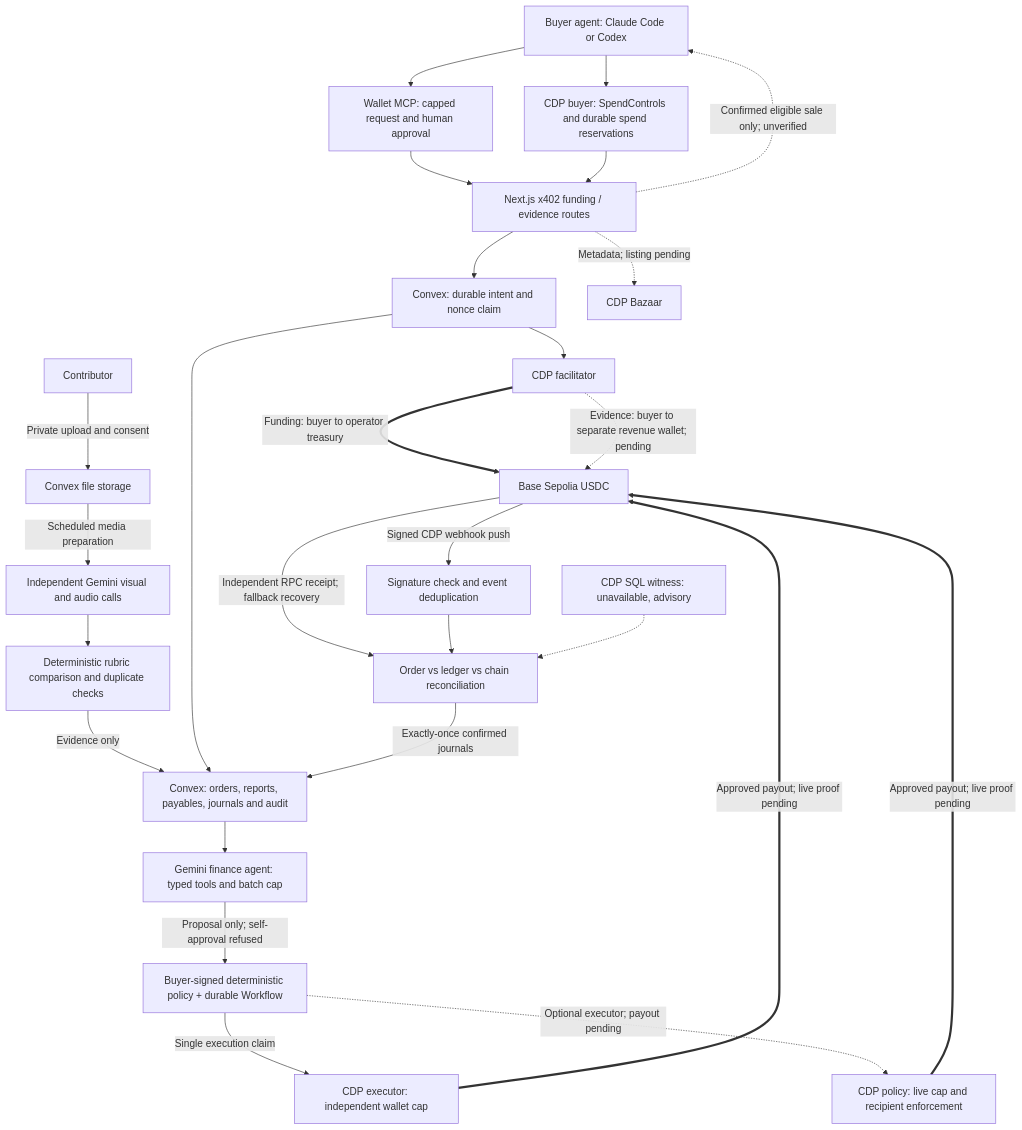
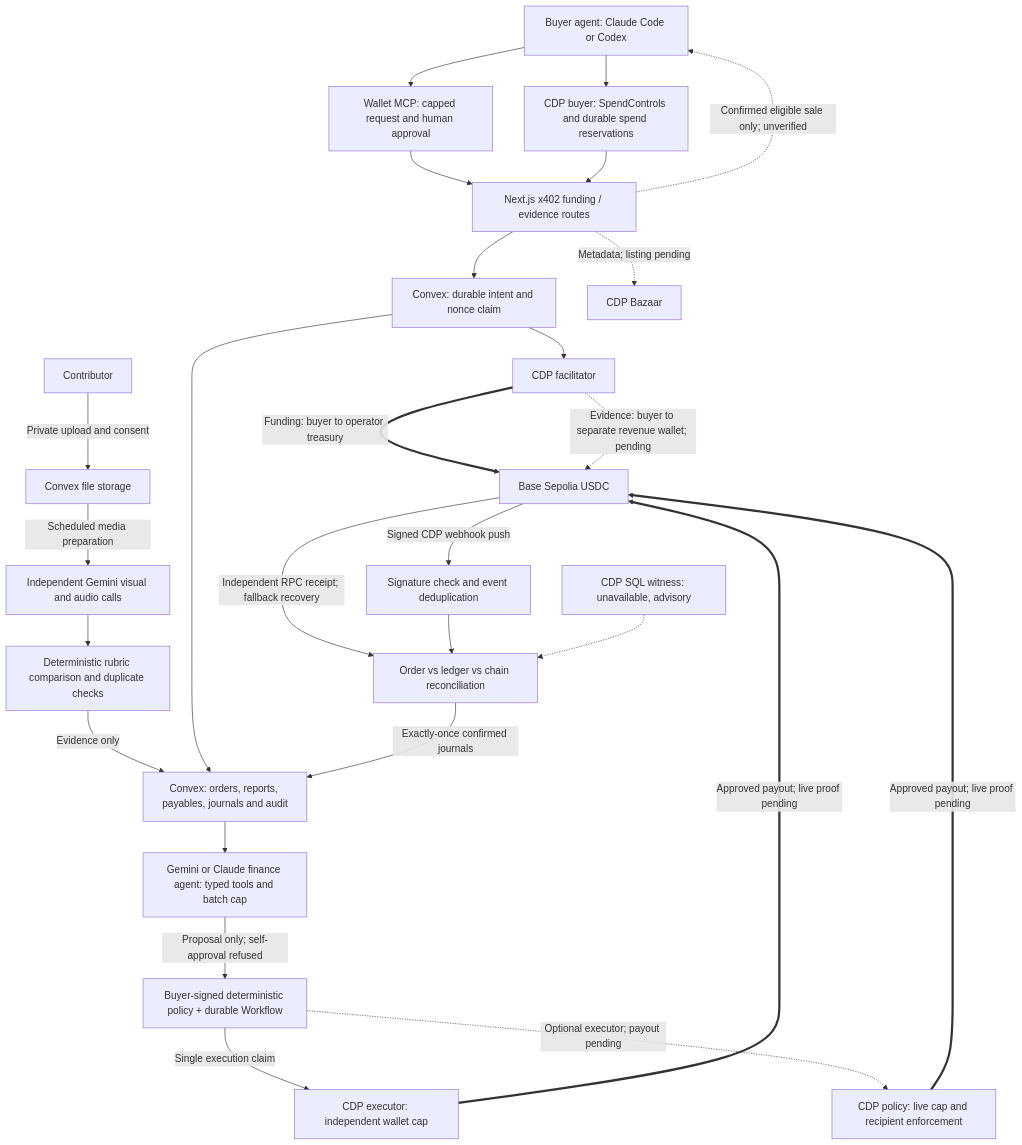
The diagram in docs/coinbase-submission.md (stephenhungg/skarl), drawn with Mermaid before and after one commit. The commit also changed other lines of this file and 21 other files, not shown here.

````diff
--- a/docs/coinbase-submission.md
+++ b/docs/coinbase-submission.md
@@ -71,29 +84,29 @@
 ```mermaid
 flowchart TB
   Buyer[Buyer agent: Claude Code or Codex] --> MCP[Wallet MCP: capped request and human approval]
   Buyer --> SDK[CDP buyer: SpendControls and durable spend reservations]
   MCP --> HTTP[Next.js x402 funding / evidence routes]
   SDK --> HTTP
   HTTP --> Claim[Convex: durable intent and nonce claim]
   Claim --> CDP[CDP facilitator]
   CDP ==>|Funding: buyer to operator treasury| Chain[Base Sepolia USDC]
   CDP -.->|Evidence: buyer to separate revenue wallet; pending| Chain
   HTTP -.->|Metadata; listing pending| Bazaar[CDP Bazaar]
   HTTP -.->|Confirmed eligible sale only; unverified| Buyer
   Contributor[Contributor] -->|Private upload and consent| Storage[Convex file storage]
   Storage -->|Scheduled media preparation| AI[Independent Gemini visual and audio calls]
   AI --> Judge[Deterministic rubric comparison and duplicate checks]
   Judge -->|Evidence only| DB[Convex: orders, reports, payables, journals and audit]
   Claim --> DB
-  DB --> Agent[Gemini finance agent: typed tools and batch cap]
+  DB --> Agent[Gemini or Claude finance agent: typed tools and batch cap]
   Agent -->|Proposal only; self-approval refused| Approval[Buyer-signed deterministic policy + durable Workflow]
   Approval -->|Single execution claim| Wallet[CDP executor: independent wallet cap]
   Approval -.->|Optional executor; payout pending| Policy[CDP policy: live cap and recipient enforcement]
   Wallet ==>|Approved payout; live proof pending| Chain
   Policy ==>|Approved payout; live proof pending| Chain
   Chain -->|Signed CDP webhook push| Hook[Signature check and event deduplication]
   Chain -->|Independent RPC receipt; fallback recovery| Reconcile[Order vs ledger vs chain reconciliation]
   Hook --> Reconcile
   Reconcile -->|Exactly-once confirmed journals| DB
   SQL[CDP SQL witness: unavailable, advisory] -.-> Reconcile
 ```
````
